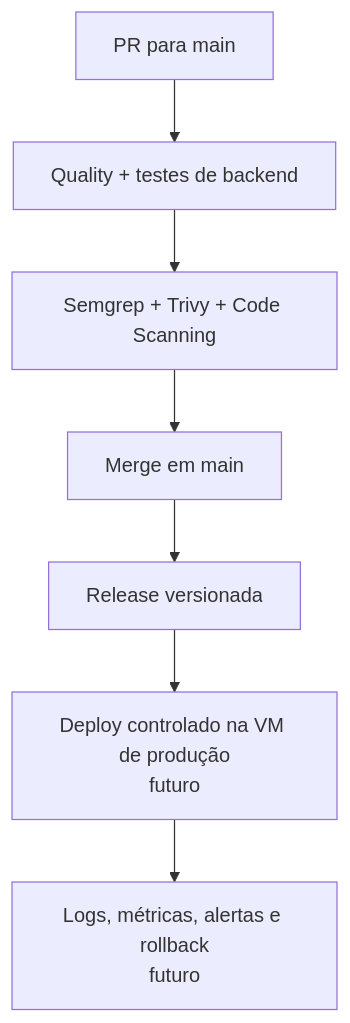
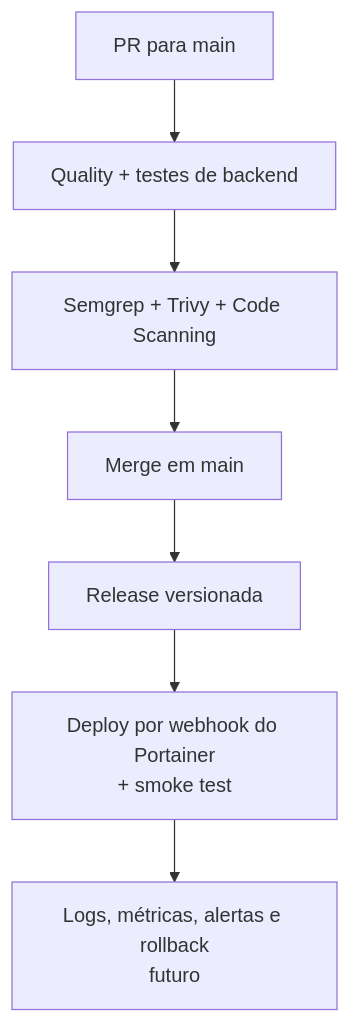
The third of 3 diagrams in docs/wiki/Esteira-de-CI-CD.md (ifpebj-ti/inventario-patrimonio-cces), drawn with Mermaid before and after one commit. The commit also changed other lines of this file and 4 other files, not shown here.

First line of the commit message:
docs(deploy): documenta o deploy por webhook com a tag latest

````diff
--- a/docs/wiki/Esteira-de-CI-CD.md
+++ b/docs/wiki/Esteira-de-CI-CD.md
@@ -131,12 +131,12 @@
 ```mermaid
 flowchart TD
     pr["PR para main"]
     quality["Quality + testes de backend"]
     scans["Semgrep + Trivy + Code Scanning"]
     merge["Merge em main"]
     release["Release versionada"]
-    deployProd["Deploy controlado na VM de produção<br/>futuro"]
+    deployProd["Deploy por webhook do Portainer<br/>+ smoke test"]
     monitor["Logs, métricas, alertas e rollback<br/>futuro"]
 
     pr --> quality --> scans --> merge --> release --> deployProd --> monitor
 ```
````
